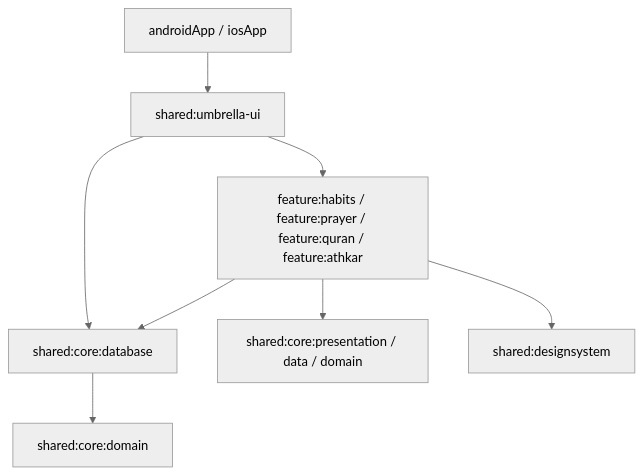
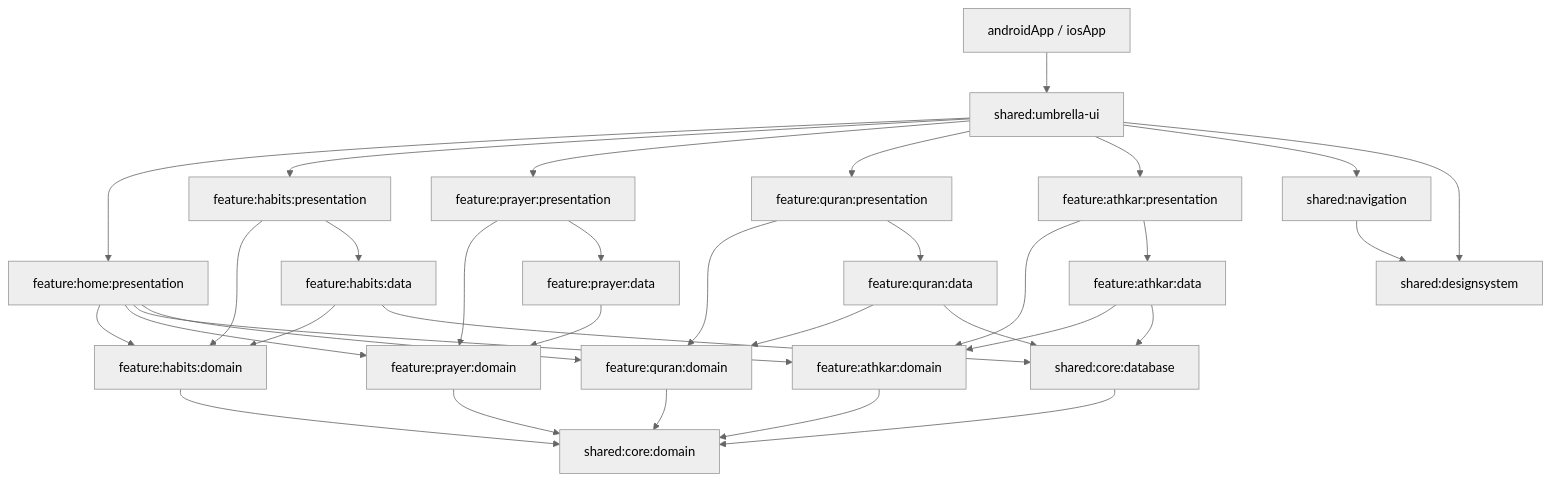
The diagram in README.md (Helmy2/Mudawama), drawn with Mermaid (neutral theme) before and after one commit. The commit also changed other lines of this file and 40 other files, not shown here.

````diff
--- a/README.md
+++ b/README.md
@@ -59,10 +71,43 @@
 ```mermaid
 graph TD
     App[androidApp / iosApp] --> Umbrella[shared:umbrella-ui]
-    Umbrella --> Feature[feature:habits / feature:prayer / feature:quran / feature:athkar]
-    Umbrella --> CoreDB[shared:core:database]
-    Feature --> Core[shared:core:presentation / data / domain]
-    Feature --> CoreDB
-    Feature --> Design[shared:designsystem]
-    CoreDB --> CoreDomain[shared:core:domain]
+    Umbrella --> HomeP[feature:home:presentation]
+    Umbrella --> HabitsP[feature:habits:presentation]
+    Umbrella --> PrayerP[feature:prayer:presentation]
+    Umbrella --> QuranP[feature:quran:presentation]
+    Umbrella --> AthkarP[feature:athkar:presentation]
+    Umbrella --> Nav[shared:navigation]
+    Umbrella --> Design[shared:designsystem]
+
+    HomeP --> HabitsDomain[feature:habits:domain]
+    HomeP --> PrayerDomain[feature:prayer:domain]
+    HomeP --> AthkarDomain[feature:athkar:domain]
+    HomeP --> QuranDomain[feature:quran:domain]
+
+    HabitsP --> HabitsDomain
+    PrayerP --> PrayerDomain
+    QuranP --> QuranDomain
+    AthkarP --> AthkarDomain
+
+    HabitsDomain --> CoreDomain[shared:core:domain]
+    PrayerDomain --> CoreDomain
+    QuranDomain --> CoreDomain
+    AthkarDomain --> CoreDomain
+
+    HabitsP --> HabitsData[feature:habits:data]
+    PrayerP --> PrayerData[feature:prayer:data]
+    QuranP --> QuranData[feature:quran:data]
+    AthkarP --> AthkarData[feature:athkar:data]
+
+    HabitsData --> HabitsDomain
+    PrayerData --> PrayerDomain
+    QuranData --> QuranDomain
+    AthkarData --> AthkarDomain
+
+    HabitsData --> CoreDB[shared:core:database]
+    QuranData --> CoreDB
+    AthkarData --> CoreDB
+    CoreDB --> CoreDomain
+
+    Nav --> Design
 ```
````
